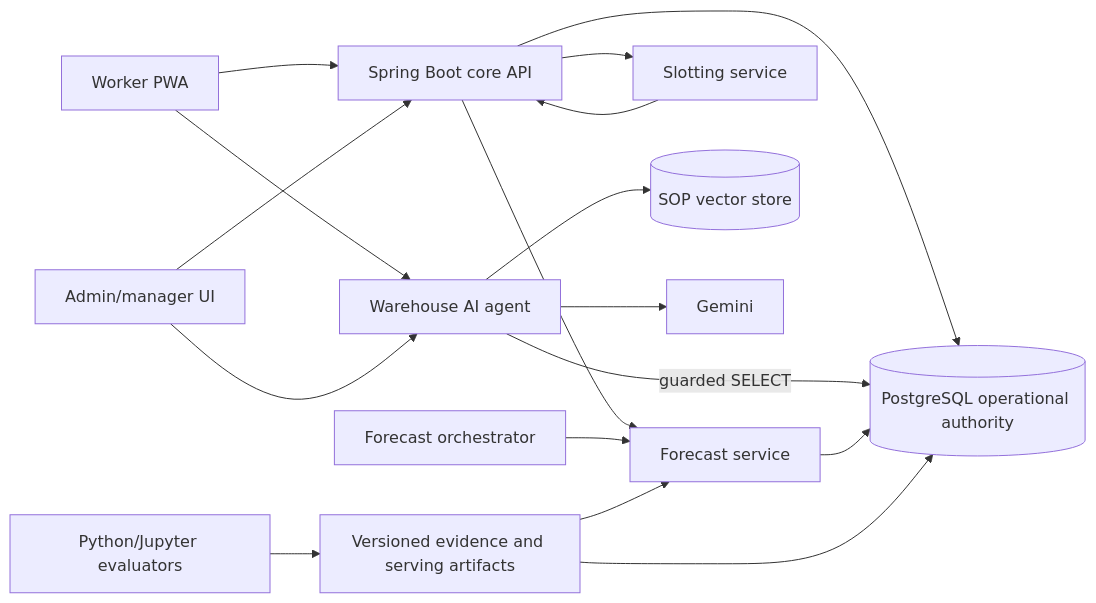
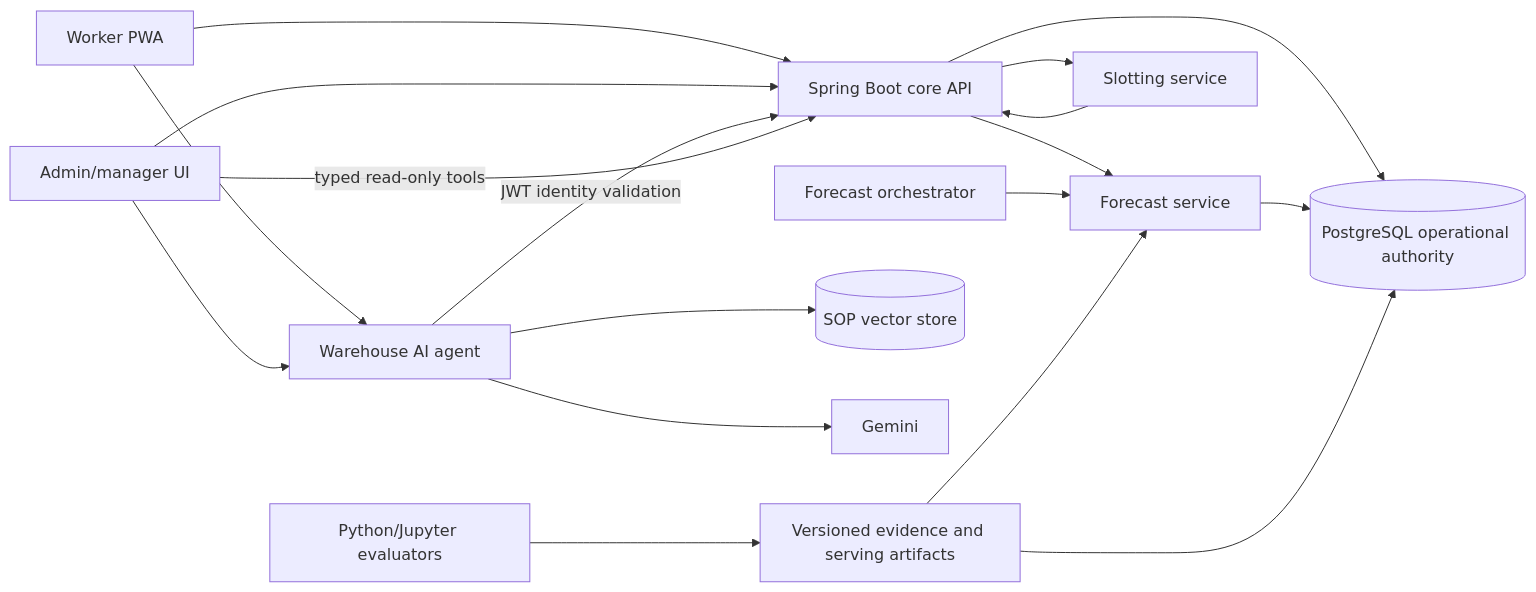
One commit to Oxshadha/OptiWMS changed the diagram in README.md. Above: the diagram before and after it, drawn with Mermaid. The commit also changed other lines of this file and 75 other files, not shown here.

````diff
--- a/README.md
+++ b/README.md
@@ -314,19 +316,20 @@
 ```mermaid
 flowchart LR
     WPWA["Worker PWA"] --> API["Spring Boot core API"]
     ADMIN["Admin/manager UI"] --> API
     API --> PG[("PostgreSQL operational authority")]
     API --> F["Forecast service"]
     API --> S["Slotting service"]
     O["Forecast orchestrator"] --> F
     WPWA --> AG["Warehouse AI agent"]
     ADMIN --> AG
     AG --> V[("SOP vector store")]
     AG --> L["Gemini"]
-    AG -->|guarded SELECT| PG
+    AG -->|"JWT identity validation"| API
+    ADMIN -->|"typed read-only tools"| API
     F --> PG
     S --> API
     E["Python/Jupyter evaluators"] --> A["Versioned evidence and serving artifacts"]
     A --> F
     A --> PG
 ```
````
